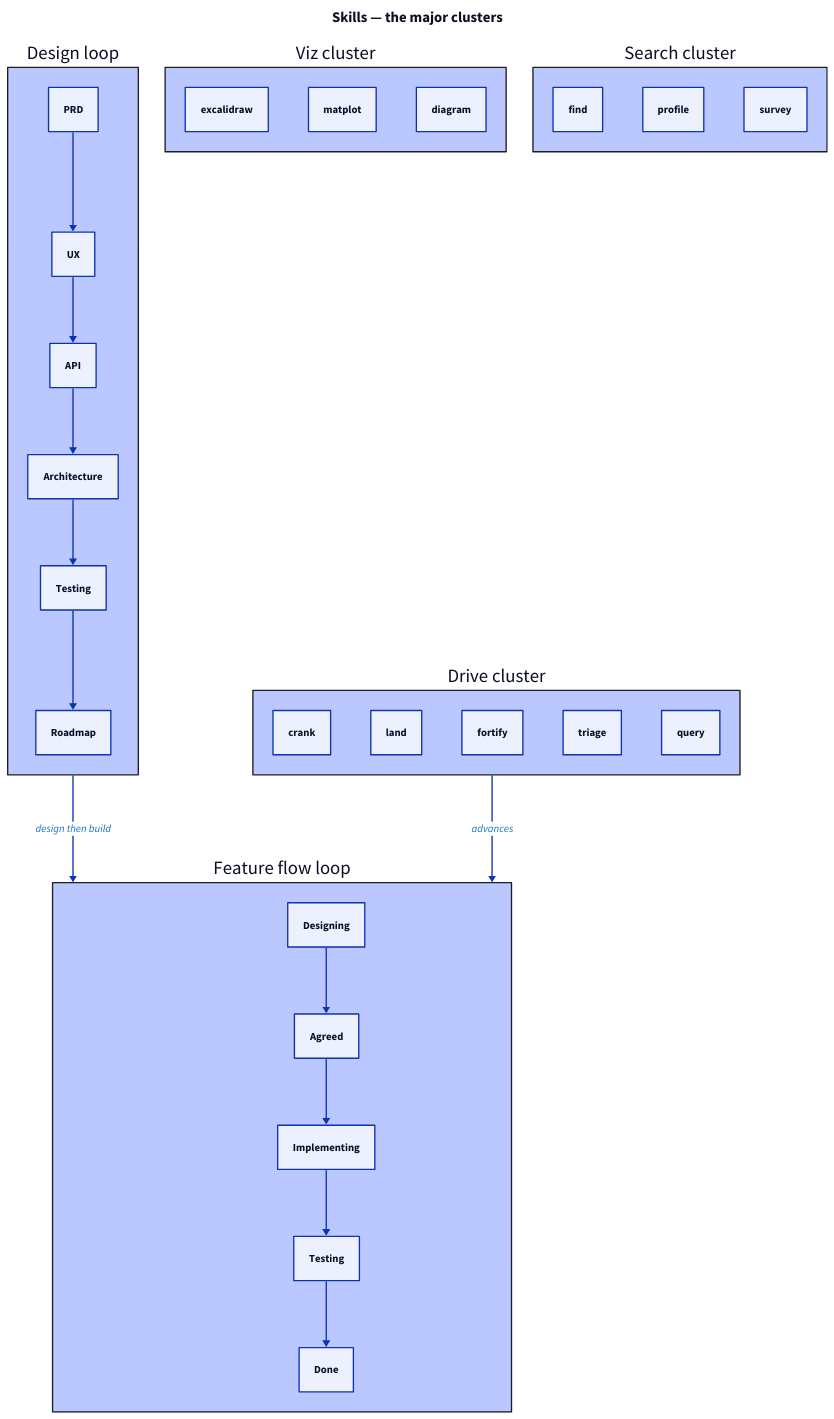
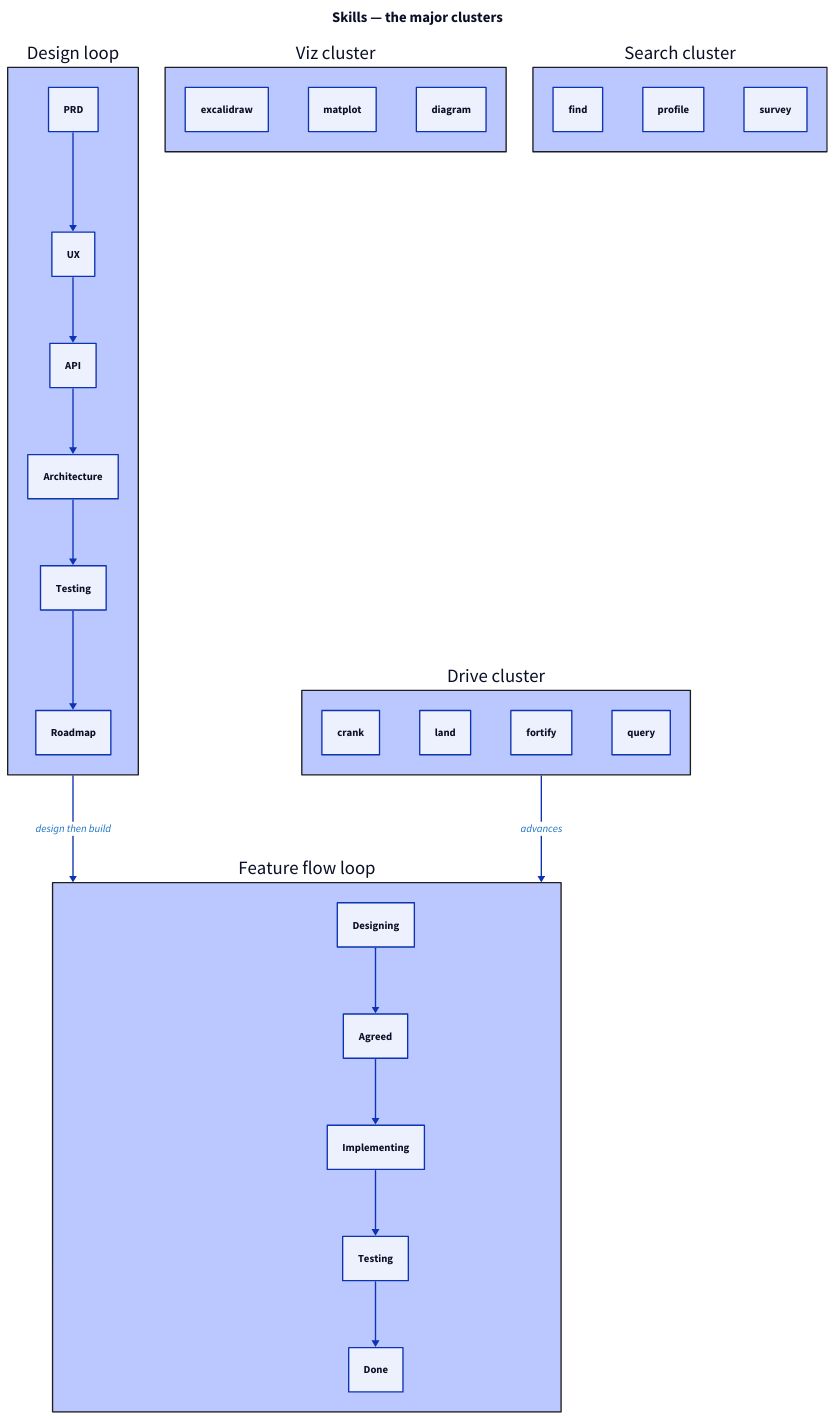
One commit to oblinger/dans-anchor-system changed the diagram in library/figures/F143-2-skills.d2. Above: the diagram before and after it, drawn with D2. The commit also changed 57 other files, not shown here.

```diff
--- a/library/figures/F143-2-skills.d2
+++ b/library/figures/F143-2-skills.d2
@@ -1,44 +1,44 @@
 # F143-2 — Skills detail. Major skill clusters, as pictures not lists.
 # Blue (#bac8ff) is the skills color, locked across figures 1-4.
 
 title: Skills — the major clusters {
   near: top-center
   shape: text
   style.font-size: 22
   style.bold: true
 }
 
 design_loop: Design loop {
   style.fill: "#bac8ff"
   style.stroke: "#1e1e1e"
   prd: PRD;  ux: UX;  api: API;  arch: Architecture;  test: Testing;  road: Roadmap
   prd -> ux -> api -> arch -> test -> road
 }
 
 feature_loop: Feature flow loop {
   style.fill: "#bac8ff"
   style.stroke: "#1e1e1e"
   des: Designing;  agr: Agreed;  imp: Implementing;  tst: Testing;  done: Done
   des -> agr -> imp -> tst -> done
 }
 
 drive: Drive cluster {
   style.fill: "#bac8ff"
   style.stroke: "#1e1e1e"
-  crank;  land;  fortify;  triage;  query
+  crank;  land;  fortify;  query
 }
 
 viz: Viz cluster {
   style.fill: "#bac8ff"
   style.stroke: "#1e1e1e"
   excalidraw;  matplot;  diagram
 }
 
 search: Search cluster {
   style.fill: "#bac8ff"
   style.stroke: "#1e1e1e"
   find;  profile;  survey
 }
 
 design_loop -> feature_loop: design then build { style.font-color: "#1971c2"; style.italic: true }
 drive -> feature_loop: advances { style.font-color: "#1971c2"; style.italic: true }
```
